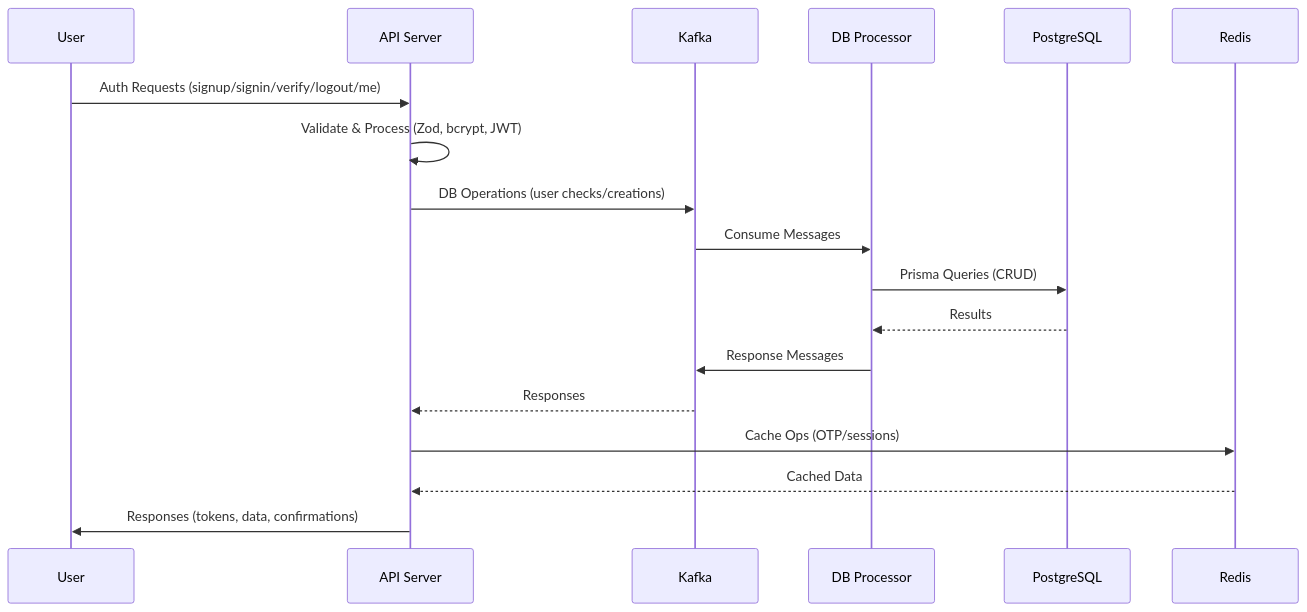
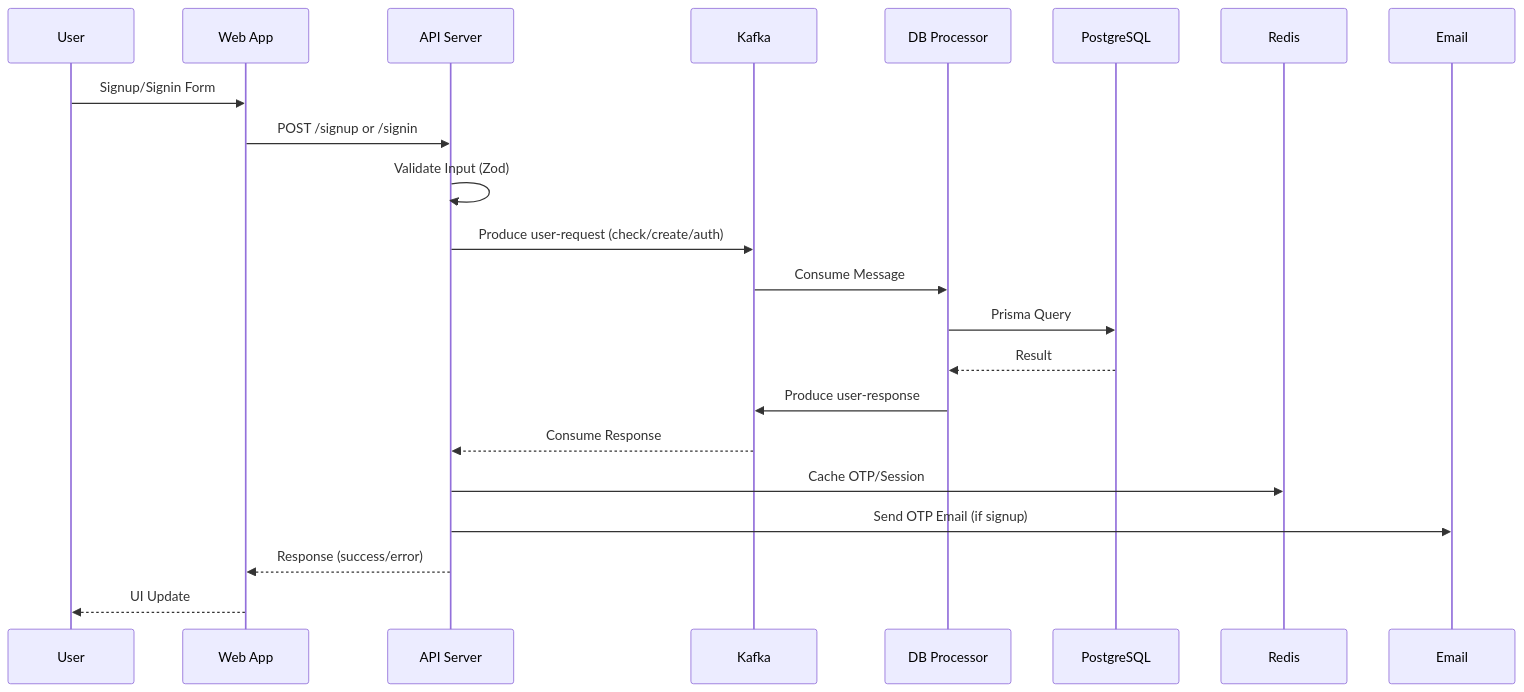
Before and after one commit to shatadalsamui/SAMCFD: the second of 3 diagrams in docs/architecture.md, drawn with Mermaid. The commit also changed other lines of this file and 1 other file, not shown here.

````diff
--- a/docs/architecture.md
+++ b/docs/architecture.md
@@ -5,21 +109,25 @@
 ```mermaid
 sequenceDiagram
-    participant User
-    participant API as API Server
-    participant Kafka
-    participant DBProc as DB Processor
+    participant U as User
+    participant W as Web App
+    participant A as API Server
+    participant K as Kafka
+    participant D as DB Processor
     participant DB as PostgreSQL
-    participant Redis
+    participant R as Redis
+    participant E as Email
 
-    User->>API: Auth Requests (signup/signin/verify/logout/me)
-    API->>API: Validate & Process (Zod, bcrypt, JWT)
-    API->>Kafka: DB Operations (user checks/creations)
-    Kafka->>DBProc: Consume Messages
-    DBProc->>DB: Prisma Queries (CRUD)
-    DB-->>DBProc: Results
-    DBProc->>Kafka: Response Messages
-    Kafka-->>API: Responses
-    API->>Redis: Cache Ops (OTP/sessions)
-    Redis-->>API: Cached Data
-    API->>User: Responses (tokens, data, confirmations)
+    U->>W: Signup/Signin Form
+    W->>A: POST /signup or /signin
+    A->>A: Validate Input (Zod)
+    A->>K: Produce user-request (check/create/auth)
+    K->>D: Consume Message
+    D->>DB: Prisma Query
+    DB-->>D: Result
+    D->>K: Produce user-response
+    K-->>A: Consume Response
+    A->>R: Cache OTP/Session
+    A->>E: Send OTP Email (if signup)
+    A-->>W: Response (success/error)
+    W-->>U: UI Update
 ```
````
